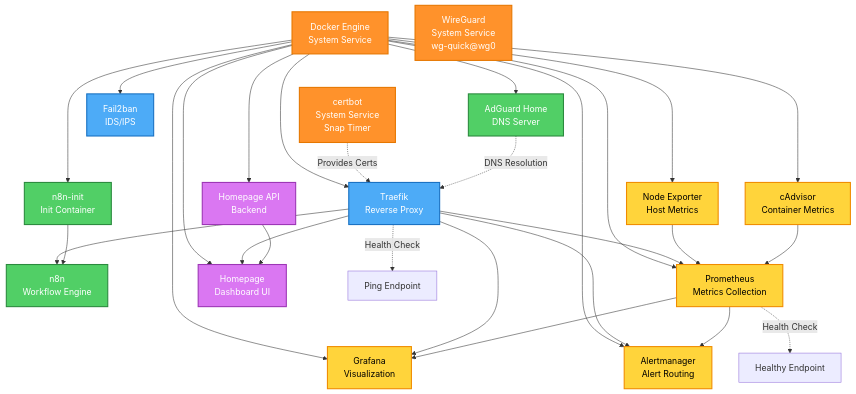
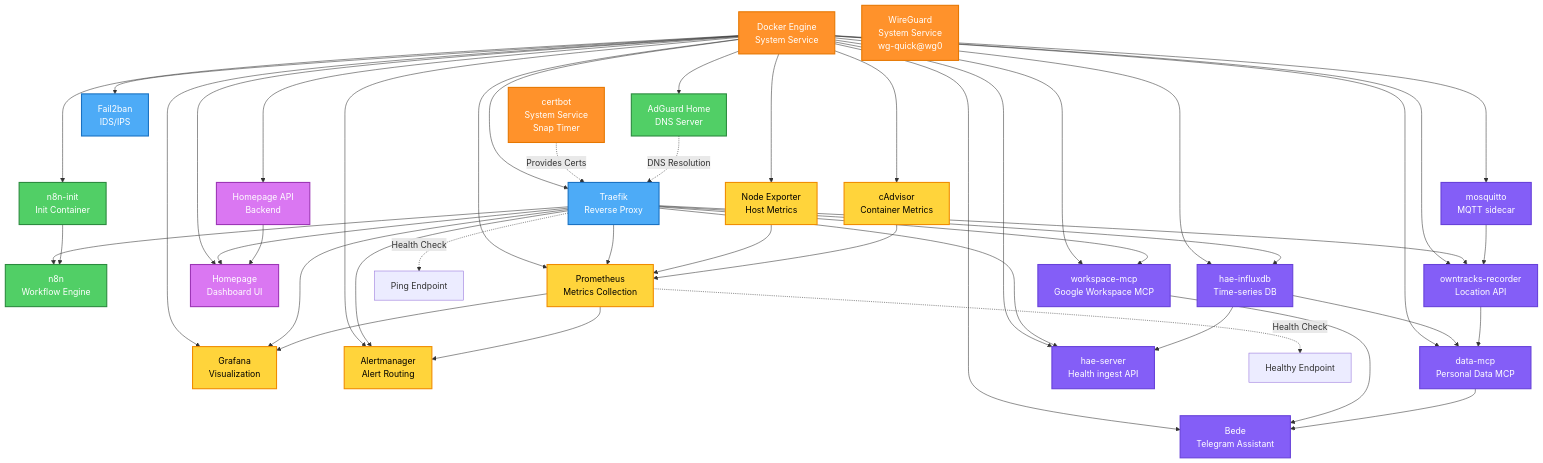
Before and after one commit to josephradford/home-server-stack: the third of 5 diagrams in ARCHITECTURE.md, drawn with Mermaid. The commit also changed other lines of this file and 2 other files, not shown here.

Commit message:
docs: refresh README, services, and architecture for recent stack changes

````diff
--- a/ARCHITECTURE.md
+++ b/ARCHITECTURE.md
@@ -337,6 +374,22 @@
     Homepage["Homepage
     Dashboard UI"]
 
+    %% AI / data / health / location services
+    Bede["Bede
+    Telegram Assistant"]
+    WorkspaceMCP["workspace-mcp
+    Google Workspace MCP"]
+    DataMCP["data-mcp
+    Personal Data MCP"]
+    OwnTracks["owntracks-recorder
+    Location API"]
+    Mosquitto["mosquitto
+    MQTT sidecar"]
+    HAEServer["hae-server
+    Health ingest API"]
+    InfluxDB["hae-influxdb
+    Time-series DB"]
+
     %% Dependencies
     Docker --> Traefik
     Docker --> Fail2ban
@@ -349,12 +402,23 @@
     Docker --> Alertmanager
     Docker --> HomepageAPI
     Docker --> Homepage
+    Docker --> Bede
+    Docker --> WorkspaceMCP
+    Docker --> DataMCP
+    Docker --> OwnTracks
+    Docker --> Mosquitto
+    Docker --> HAEServer
+    Docker --> InfluxDB
 
     Traefik --> N8N
     Traefik --> Grafana
     Traefik --> Prometheus
     Traefik --> Alertmanager
     Traefik --> Homepage
+    Traefik --> WorkspaceMCP
+    Traefik --> OwnTracks
+    Traefik --> HAEServer
+    Traefik --> InfluxDB
 
     N8NInit --> N8N
 
@@ -364,6 +428,12 @@
     Prometheus --> Alertmanager
 
     HomepageAPI --> Homepage
+    Mosquitto --> OwnTracks
+    InfluxDB --> HAEServer
+    InfluxDB --> DataMCP
+    OwnTracks --> DataMCP
+    WorkspaceMCP --> Bede
+    DataMCP --> Bede
 
     Certbot -.->|Provides Certs| Traefik
     AdGuard -.->|DNS Resolution| Traefik
@@ -377,10 +447,12 @@
     classDef core fill:#51cf66,stroke:#2b8a3e,stroke-width:2px,color:#fff
     classDef monitoring fill:#ffd43b,stroke:#f08c00,stroke-width:2px,color:#000
     classDef dashboard fill:#da77f2,stroke:#9c36b5,stroke-width:2px,color:#fff
+    classDef ai fill:#845ef7,stroke:#6741d9,stroke-width:2px,color:#fff
 
     class Docker,WireGuard,Certbot system
     class Traefik,Fail2ban network
     class AdGuard,N8NInit,N8N core
     class Prometheus,NodeExporter,CAdvisor,Grafana,Alertmanager monitoring
     class HomepageAPI,Homepage dashboard
+    class Bede,WorkspaceMCP,DataMCP,OwnTracks,Mosquitto,HAEServer,InfluxDB ai
 ```
````
